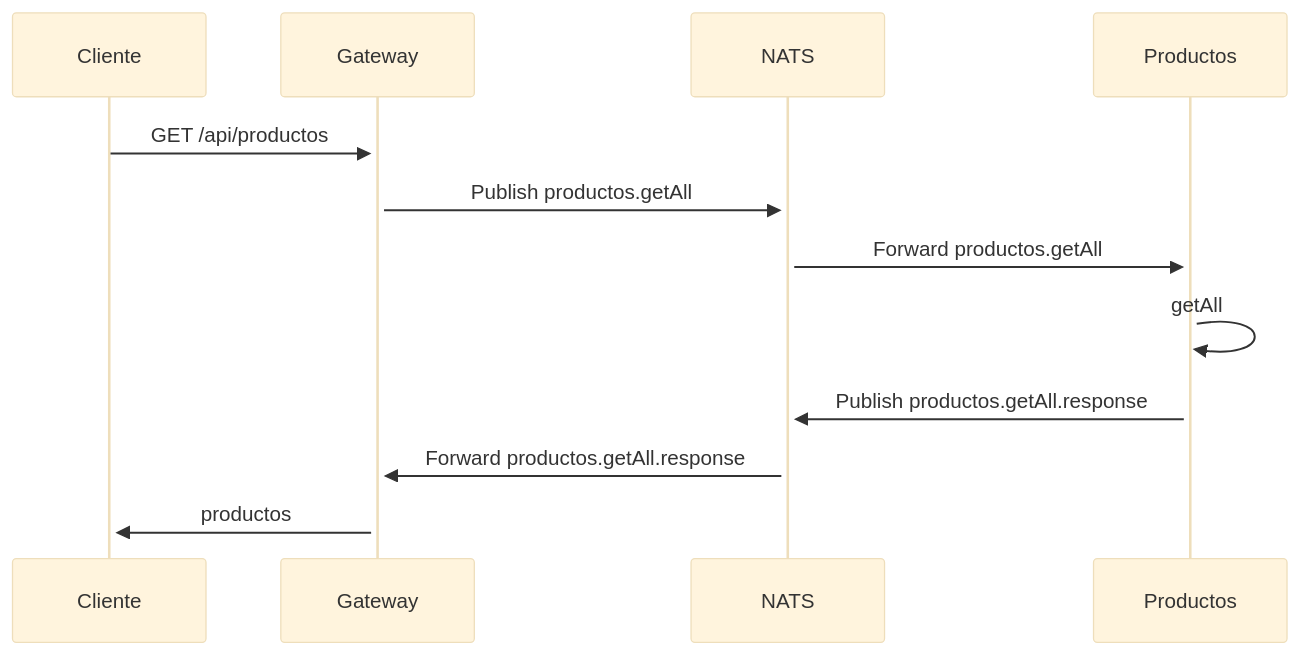
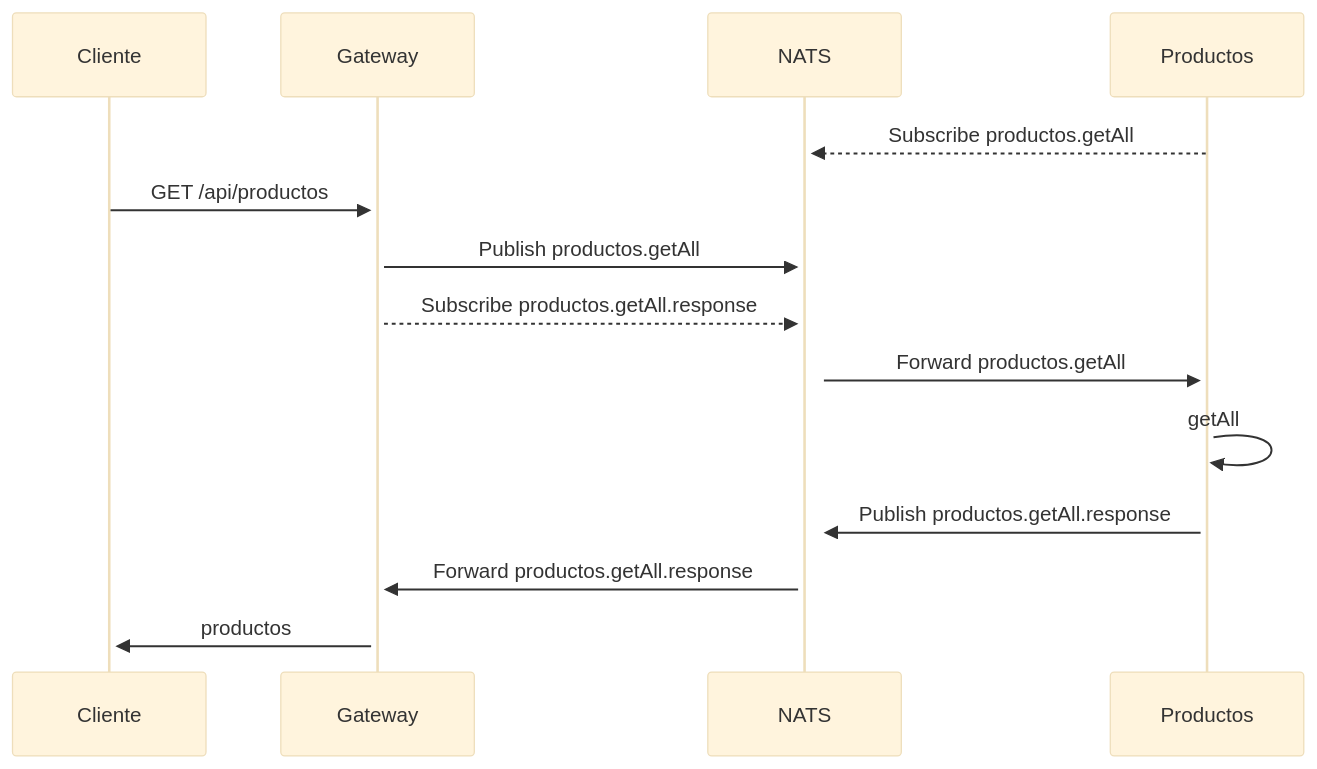
The eighth of 8 diagrams in README.md (akobashikawa/tienda211-fastify), drawn with Mermaid (base theme) before and after one commit.

Commit message:
Corrige diagrama nats

````diff
--- a/README.md
+++ b/README.md
@@ -170,18 +170,20 @@
 ```mermaid
 sequenceDiagram
     participant Cliente
     participant Gateway
     participant NATS
     participant MS_Productos as Productos
 
+    MS_Productos-->>+NATS: Subscribe productos.getAll
     Cliente->>+Gateway: GET /api/productos
     Gateway->>+NATS: Publish productos.getAll
+    Gateway-->>+NATS: Subscribe productos.getAll.response
     NATS->>+MS_Productos: Forward productos.getAll
 
     MS_Productos->>MS_Productos: getAll
     MS_Productos->>+NATS: Publish productos.getAll.response
 
     NATS->>+Gateway: Forward productos.getAll.response
     Gateway->>+Cliente: productos
 
 ```
````
